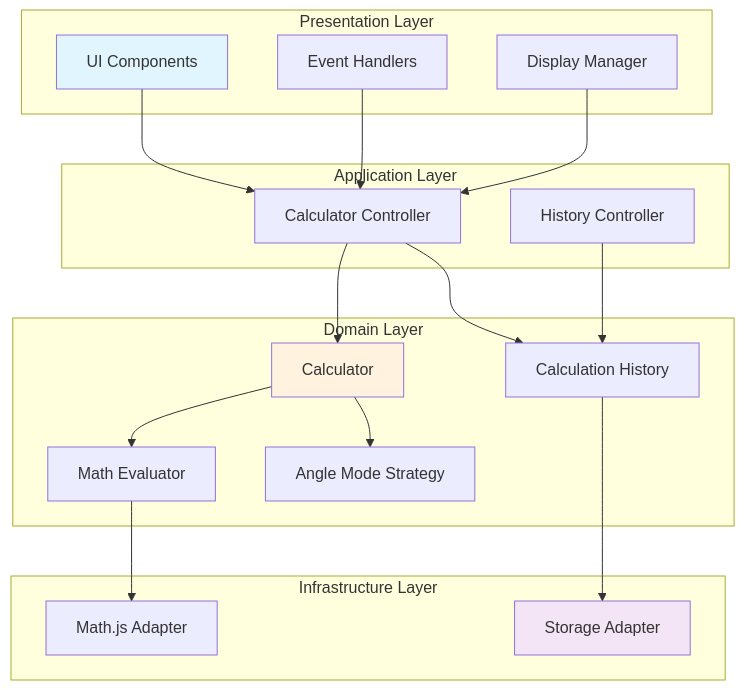
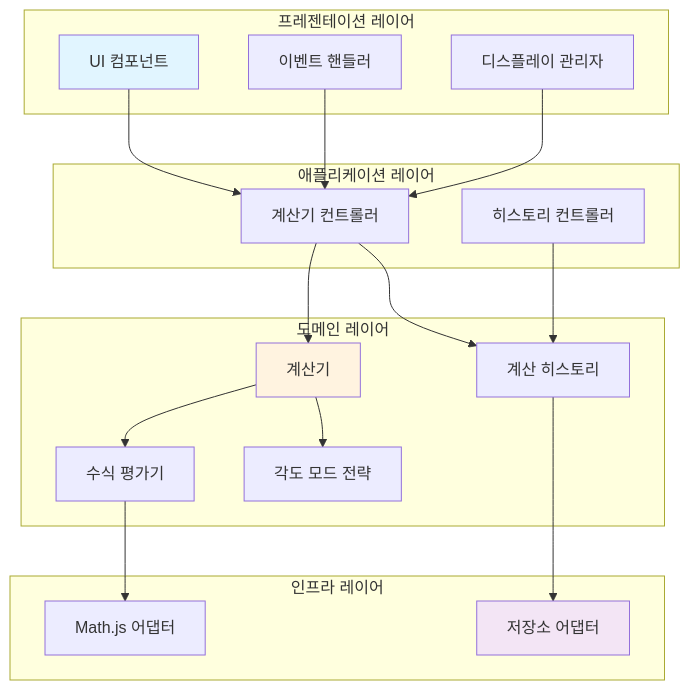
One commit to megaTRX/calculator changed the first of 5 diagrams in README.md. Above: the diagram before and after it, drawn with Mermaid. The commit also changed other lines of this file, not shown here.

````diff
--- a/README.md
+++ b/README.md
@@ -163,42 +163,42 @@
 ```mermaid
 graph TB
-    subgraph "Presentation Layer"
-        UI[UI Components]
-        EventHandler[Event Handlers]
-        DisplayManager[Display Manager]
+    subgraph "프레젠테이션 레이어"
+        UI[UI 컴포넌트]
+        EventHandler[이벤트 핸들러]
+        DisplayManager[디스플레이 관리자]
     end
     
-    subgraph "Application Layer"
-        CalcController[Calculator Controller]
-        HistoryController[History Controller]
+    subgraph "애플리케이션 레이어"
+        CalcController[계산기 컨트롤러]
+        HistoryController[히스토리 컨트롤러]
     end
     
-    subgraph "Domain Layer"
-        Calculator[Calculator]
-        MathEvaluator[Math Evaluator]
-        History[Calculation History]
-        AngleStrategy[Angle Mode Strategy]
+    subgraph "도메인 레이어"
+        Calculator[계산기]
+        MathEvaluator[수식 평가기]
+        History[계산 히스토리]
+        AngleStrategy[각도 모드 전략]
     end
     
-    subgraph "Infrastructure Layer"
-        Storage[Storage Adapter]
-        MathJS[Math.js Adapter]
+    subgraph "인프라 레이어"
+        Storage[저장소 어댑터]
+        MathJS[Math.js 어댑터]
     end
     
     UI --> CalcController
     EventHandler --> CalcController
     DisplayManager --> CalcController
     
     CalcController --> Calculator
     CalcController --> History
     HistoryController --> History
     
     Calculator --> MathEvaluator
     Calculator --> AngleStrategy
     MathEvaluator --> MathJS
     History --> Storage
     
     style UI fill:#e1f5ff
     style Calculator fill:#fff3e0
     style Storage fill:#f3e5f5
 ```
````
